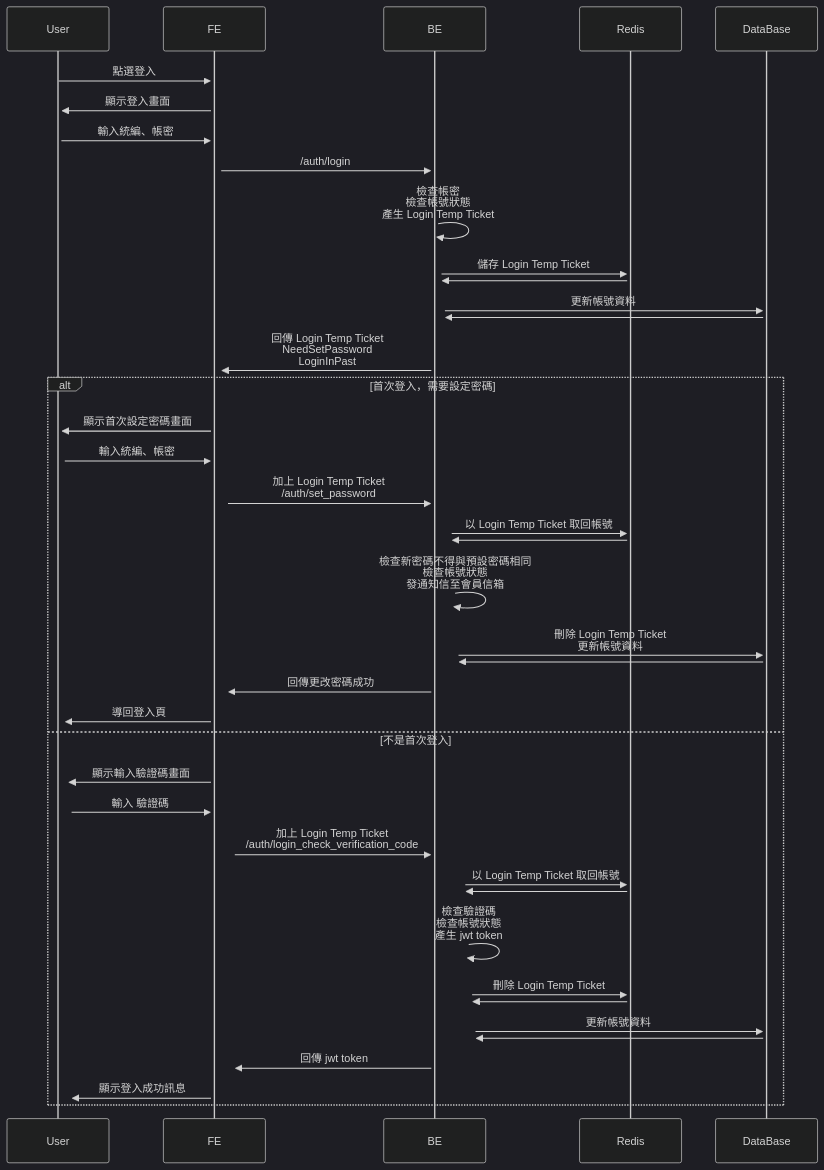
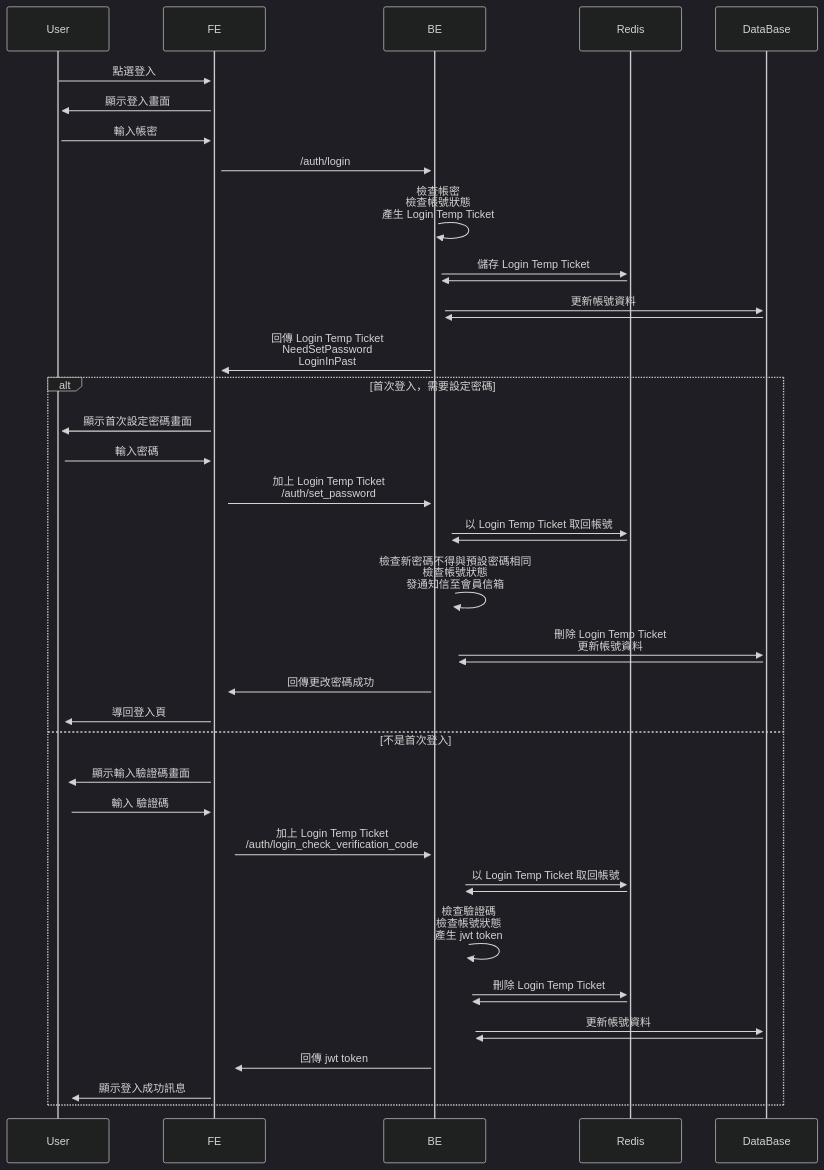
The first of 8 diagrams in System_Design/login.md (thunderstormwang/CodingNote), drawn with Mermaid (dark theme) before and after one commit. The commit also changed other lines of this file and 1 other file, not shown here.

````diff
--- a/System_Design/login.md
+++ b/System_Design/login.md
@@ -7,45 +7,45 @@
 ```mermaid
 sequenceDiagram
 participant User
 participant FE
 participant BE
 participant Redis
 participant DataBase
 
 User ->>+ FE: 點選登入
 FE ->>+ User: 顯示登入畫面
-User ->>+ FE: 輸入統編、帳密
+User ->>+ FE: 輸入帳密
 FE ->>+ BE: /auth/login
 BE ->>+ BE: 檢查帳密<br/>檢查帳號狀態<br/>產生 Login Temp Ticket
 BE ->>+ Redis: 儲存 Login Temp Ticket
 Redis ->>+ BE: 
 BE ->>+ DataBase: 更新帳號資料
 DataBase ->>+ BE: 
 BE ->>+ FE: 回傳 Login Temp Ticket<br/>NeedSetPassword<br/>LoginInPast
 
 alt 首次登入，需要設定密碼
   FE ->>+ User: 顯示首次設定密碼畫面
-  User ->>+ FE: 輸入統編、帳密
+  User ->>+ FE: 輸入密碼
   FE ->>+ BE: 加上 Login Temp Ticket<br/>/auth/set_password
   BE ->>+ Redis: 以 Login Temp Ticket 取回帳號
   Redis ->>+ BE: 
   BE ->>+ BE: 檢查新密碼不得與預設密碼相同<br/>檢查帳號狀態<br/>發通知信至會員信箱
   BE ->>+ DataBase: 刪除 Login Temp Ticket<br/>更新帳號資料
   DataBase ->>+ BE: 
   BE ->>+ FE: 回傳更改密碼成功
   FE ->>+ User: 導回登入頁
 else 不是首次登入
   FE ->>+ User: 顯示輸入驗證碼畫面
   User ->>+ FE: 輸入 驗證碼
   FE ->>+ BE: 加上  Login Temp Ticket<br/>/auth/login_check_verification_code
   BE ->>+ Redis: 以 Login Temp Ticket 取回帳號
   Redis ->>+ BE: 
   BE ->>+ BE: 檢查驗證碼<br/>檢查帳號狀態<br/>產生 jwt token
   BE ->>+ Redis: 刪除 Login Temp Ticket
   Redis ->>+ BE: 
   BE ->>+ DataBase: 更新帳號資料
   DataBase ->>+ BE: 
   BE ->>+ FE: 回傳 jwt token
   FE ->>+ User: 顯示登入成功訊息
 end
 ```
````
